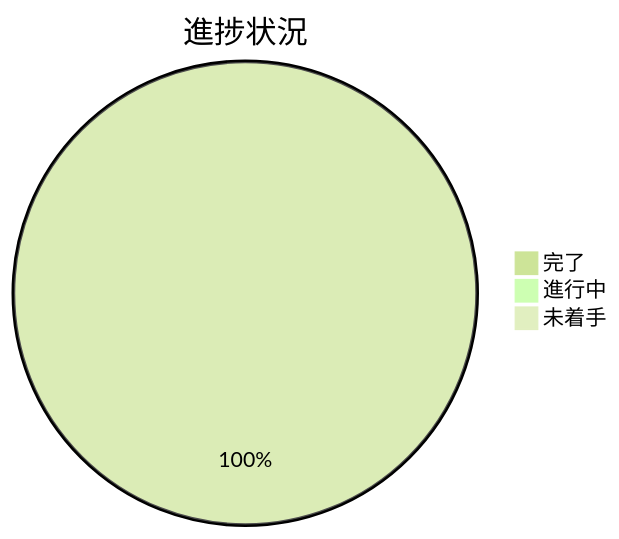
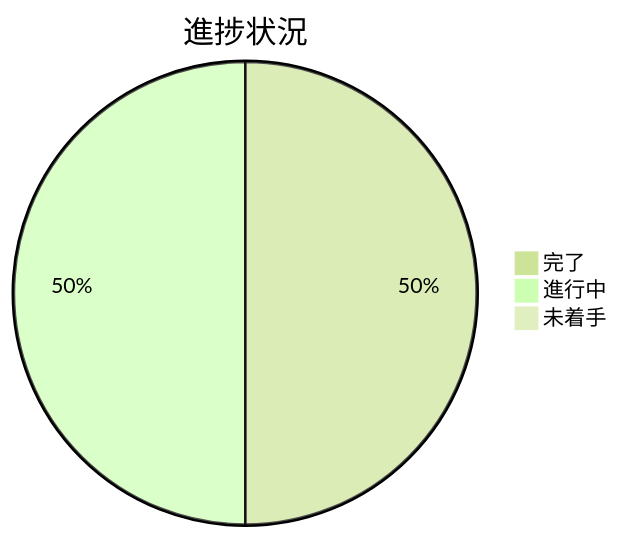
One commit to techbeansjp-free/AGENTS.md changed the diagram in docs/maintainer/workflow/20260716_013937_worktree運用規律/90_issues.md. Above: the diagram before and after it, drawn with Mermaid (forest theme). The commit also changed other lines of this file and 1 other file, not shown here.

````diff
--- a/docs/maintainer/workflow/20260716_013937_worktree運用規律/90_issues.md
+++ b/docs/maintainer/workflow/20260716_013937_worktree運用規律/90_issues.md
@@ -33,6 +34,6 @@
 ```mermaid
 pie title 進捗状況
     "完了" : 1
-    "進行中" : 0
+    "進行中" : 1
     "未着手" : 0
 ```
````
